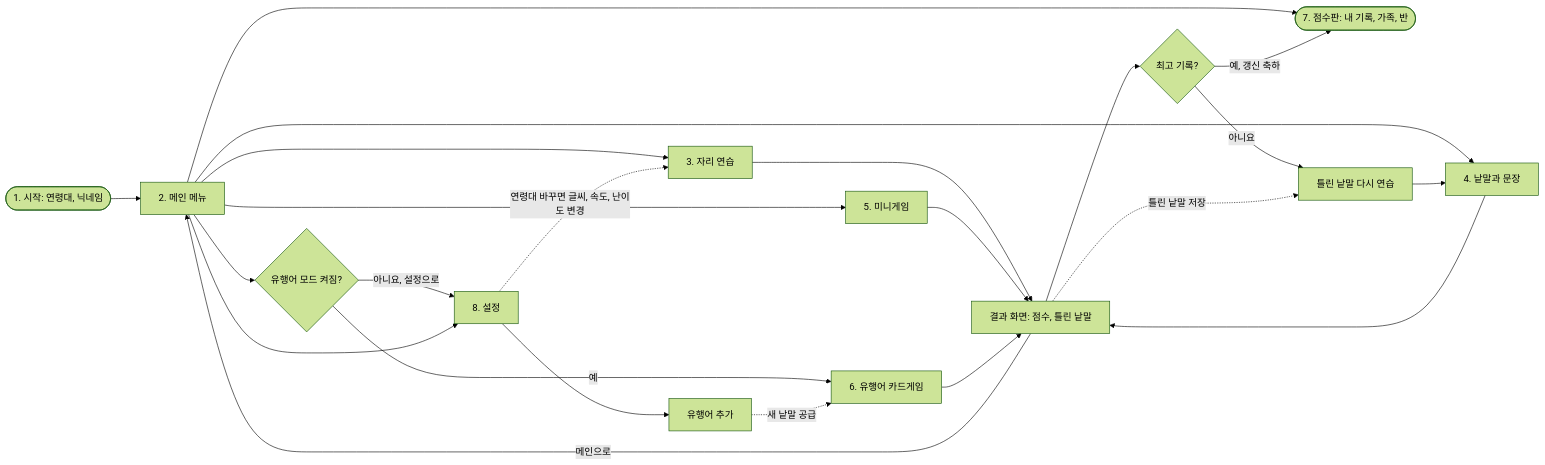
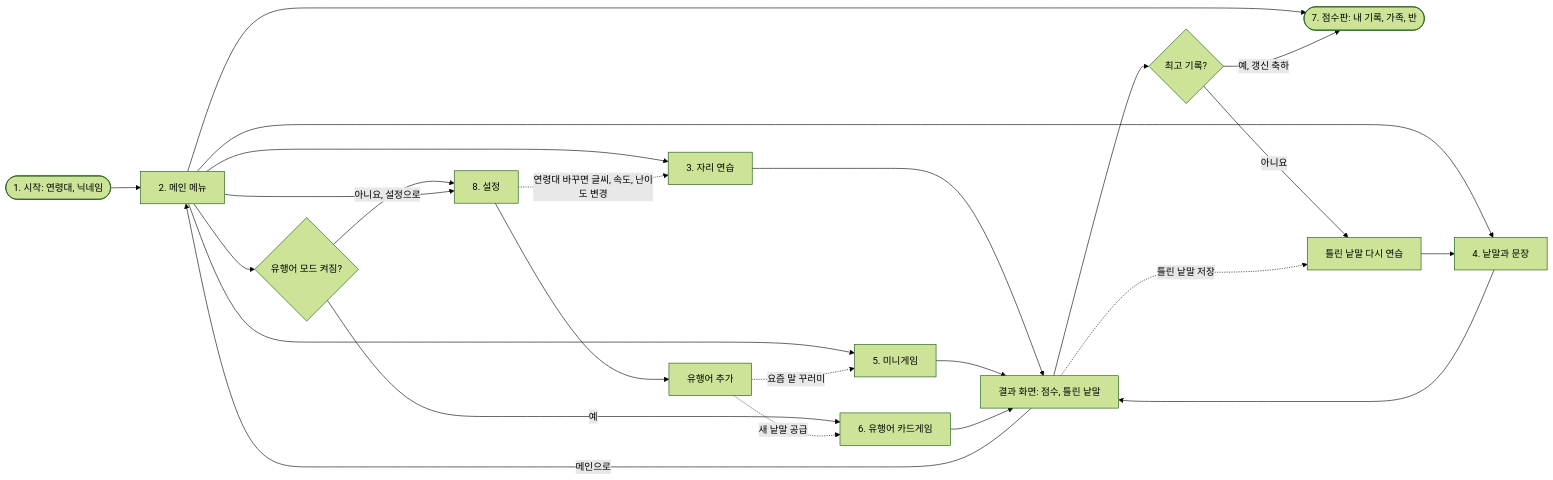
Before and after one commit to zcanzcan/hangul-typing-game: the second of 2 diagrams in docs/03-screens-and-flow.md, drawn with Mermaid (forest theme). The commit also changed other lines of this file and 11 other files, not shown here.

````diff
--- a/docs/03-screens-and-flow.md
+++ b/docs/03-screens-and-flow.md
@@ -45,25 +45,26 @@
 ```mermaid
 flowchart LR
     s([1. 시작: 연령대, 닉네임]) --> m[2. 메인 메뉴]
     m --> p1[3. 자리 연습]
     m --> p2[4. 낱말과 문장]
     m --> p3[5. 미니게임]
     m --> q{유행어 모드 켜짐?}
     q -->|예| p4[6. 유행어 카드게임]
     q -->|아니요, 설정으로| st[8. 설정]
     m --> sb([7. 점수판: 내 기록, 가족, 반])
     m --> st
     p1 --> r[결과 화면: 점수, 틀린 낱말]
     p2 --> r
     p3 --> r
     p4 --> r
     r --> b{최고 기록?}
     b -->|예, 갱신 축하| sb
     b -->|아니요| w[틀린 낱말 다시 연습]
     w --> p2
     r -->|메인으로| m
     st --> add[유행어 추가]
     add -.->|새 낱말 공급| p4
+    add -.->|요즘 말 꾸러미| p3
     st -.->|연령대 바꾸면 글씨, 속도, 난이도 변경| p1
     r -.->|틀린 낱말 저장| w
 ```
````
